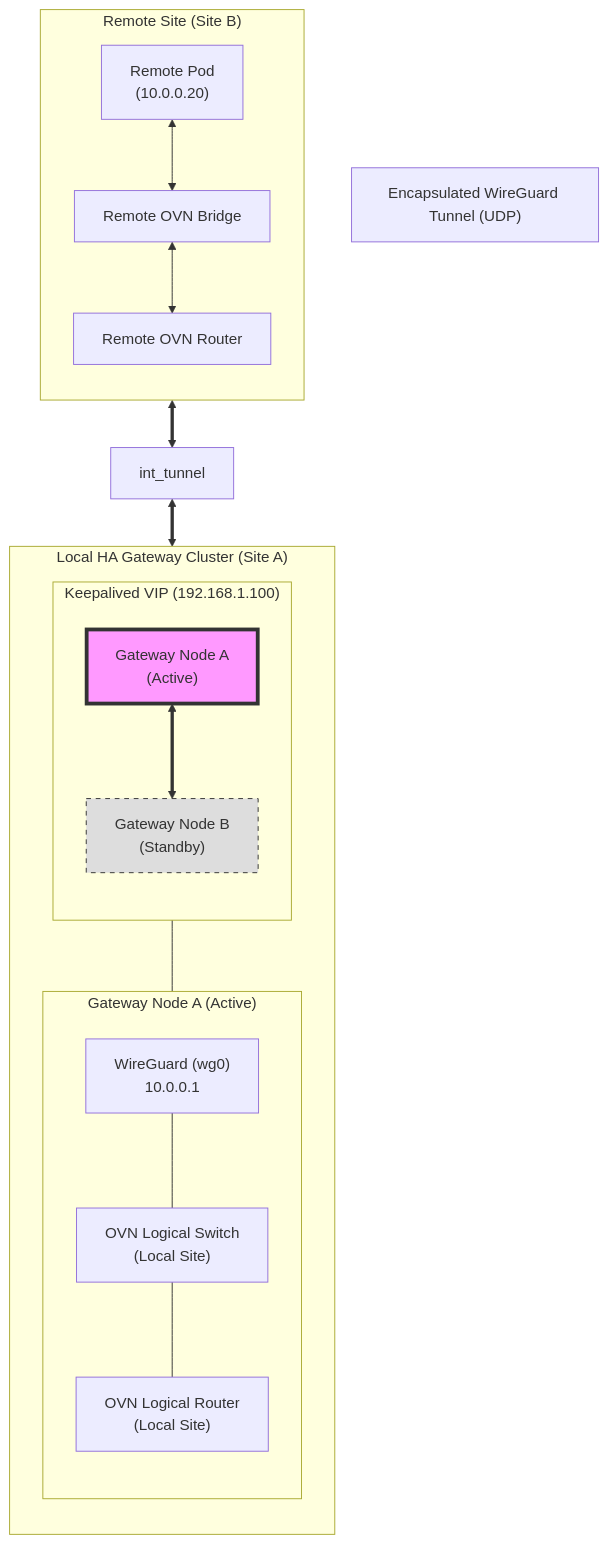
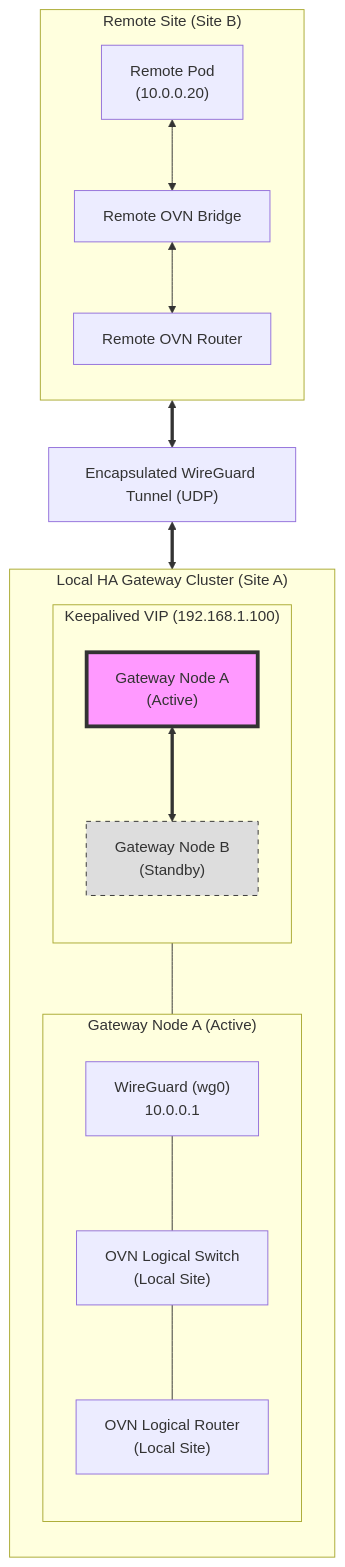
One commit to midu16/midu16.github.io changed the second of 2 diagrams in _posts/2026-05-16-wireguard-p2p-subnets.markdown. Above: the diagram before and after it, drawn with Mermaid. The commit also changed other lines of this file, not shown here.

````diff
--- a/_posts/2026-05-16-wireguard-p2p-subnets.markdown
+++ b/_posts/2026-05-16-wireguard-p2p-subnets.markdown
@@ -238,40 +237,40 @@
 ```mermaid
 flowchart TD
     subgraph "Remote Site (Site B)"
         direction TB
         RemotePod["Remote Pod<br/>(10.0.0.20)"]
         RemoteBridge["Remote OVN Bridge"]
         RemoteRouter["Remote OVN Router"]
         RemotePod <--> RemoteBridge
         RemoteBridge <--> RemoteRouter
     end
 
     subint_tunnel["Encapsulated WireGuard Tunnel (UDP)"]
 
     subgraph "Local HA Gateway Cluster (Site A)"
         direction TB
         subgraph "Keepalived VIP (192.168.1.100)"
             direction TB
             GW_A["Gateway Node A<br/>(Active)"]
             GW_B["Gateway Node B<br/>(Standby)"]
         end
 
         subgraph "Gateway Node A (Active)"
             direction TB
             WgA["WireGuard (wg0)<br/>10.0.0.1"]
             OVN_SW_A["OVN Logical Switch<br/>(Local Site)"]
             OVN_RT_A["OVN Logical Router<br/>(Local Site)"]
-            
+
             GW_A --- WgA
             WgA --- OVN_SW_A
             OVN_SW_A --- OVN_RT_A
         end
     end
 
-    RemoteRouter <==> int_tunnel
-    int_tunnel <==> WgA
+    RemoteRouter <==> subint_tunnel
+    subint_tunnel <==> WgA
     GW_A <==> GW_B
-    
+
     style GW_A fill:#f9f,stroke:#333,stroke-width:4px
     style GW_B fill:#ddd,stroke:#333,stroke-dasharray: 5 5
 ```
````
